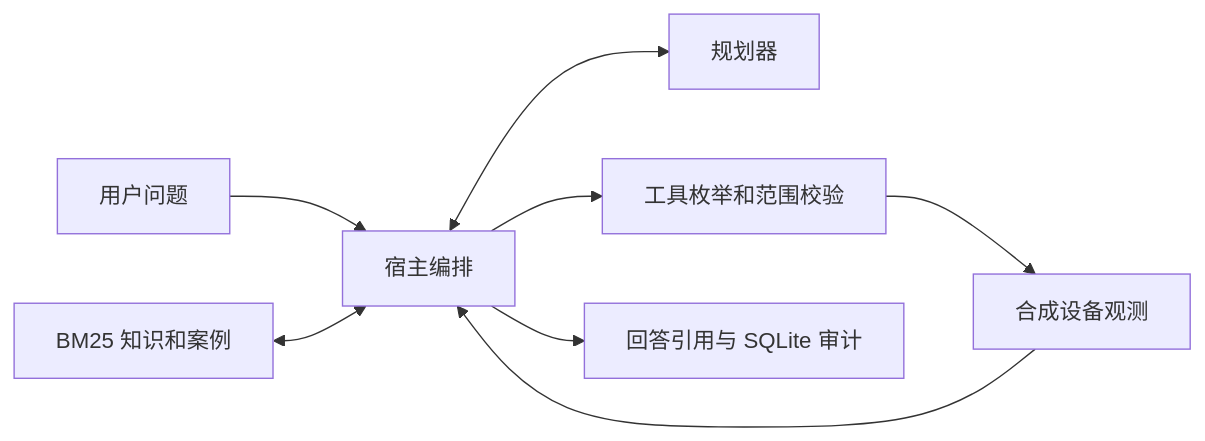
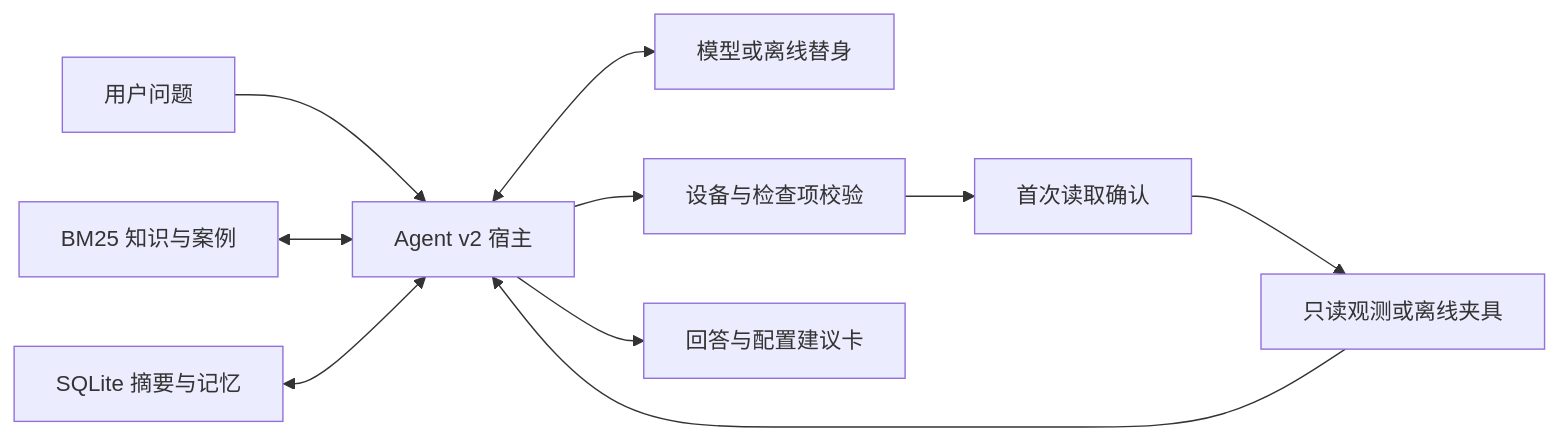
One commit to Mdload/agent-troubleshooting-assistant changed the diagram in README.md. Above: the diagram before and after it, drawn with Mermaid. The commit also changed other lines of this file and 238 other files, not shown here.

````diff
--- a/README.md
+++ b/README.md
@@ -28,10 +27,12 @@
 ```mermaid
 flowchart LR
-    Q[用户问题] --> H[宿主编排]
-    K[BM25 知识和案例] <--> H
-    H <--> P[规划器]
-    H --> V[工具枚举和范围校验]
-    V --> F[合成设备观测]
+    Q[用户问题] --> H[Agent v2 宿主]
+    K[BM25 知识与案例] <--> H
+    M[SQLite 摘要与记忆] <--> H
+    H <--> P[模型或离线替身]
+    H --> V[设备与检查项校验]
+    V --> C[首次读取确认]
+    C --> F[只读观测或离线夹具]
     F --> H
-    H --> A[回答引用与 SQLite 审计]
+    H --> A[回答与配置建议卡]
 ```
````
